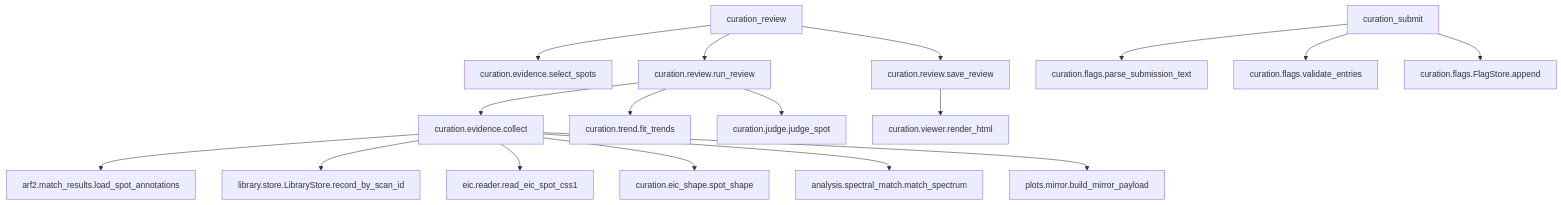
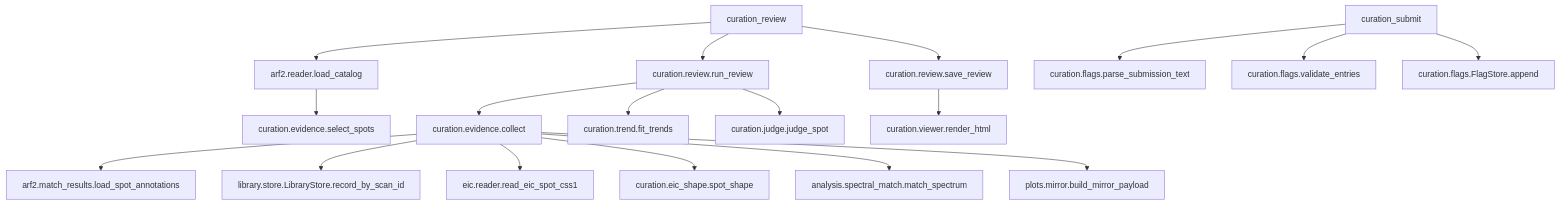
The diagram in docs/workflow/curation.md (systemsomicslab/Metabolomix_with_LLM), drawn with Mermaid before and after one commit. The commit also changed other lines of this file and 3 other files, not shown here.

First line of the commit message:
fix(curation): review を非冪等注釈に修正し、呼び出し連鎖とテストを補う

````diff
--- a/docs/workflow/curation.md
+++ b/docs/workflow/curation.md
@@ -6,19 +6,20 @@
 ```mermaid
 flowchart TD
-    CR[curation_review] --> SEL[curation.evidence.select_spots]
+    CR[curation_review] --> LOAD[arf2.reader.load_catalog]
+    LOAD --> SEL[curation.evidence.select_spots]
     CR --> RUN[curation.review.run_review]
     RUN --> COL[curation.evidence.collect]
     COL --> ANN[arf2.match_results.load_spot_annotations]
     COL --> REF[library.store.LibraryStore.record_by_scan_id]
     COL --> EIC[eic.reader.read_eic_spot_css1]
     COL --> SHP[curation.eic_shape.spot_shape]
     COL --> MS[analysis.spectral_match.match_spectrum]
     COL --> MIR[plots.mirror.build_mirror_payload]
     RUN --> TR[curation.trend.fit_trends]
     RUN --> JG[curation.judge.judge_spot]
     CR --> SAV[curation.review.save_review]
     SAV --> HTML[curation.viewer.render_html]
     CS[curation_submit] --> PAR[curation.flags.parse_submission_text]
     CS --> VAL[curation.flags.validate_entries]
     CS --> APP[curation.flags.FlagStore.append]
 ```
````
